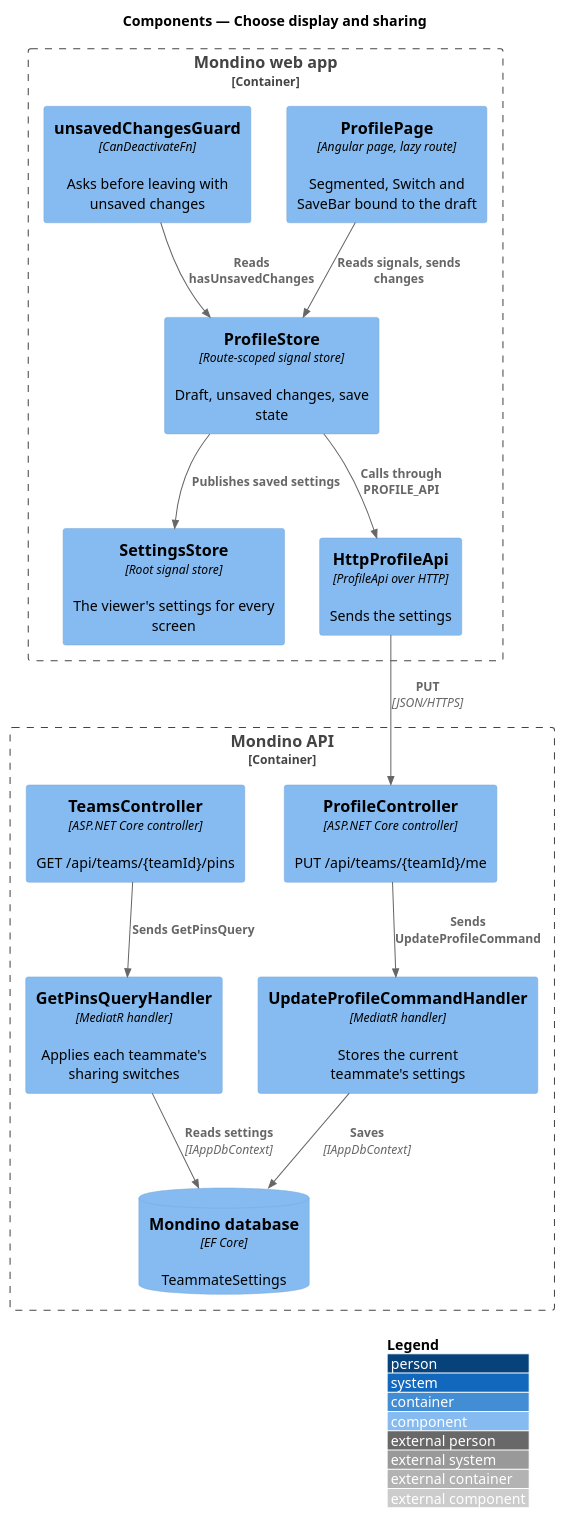
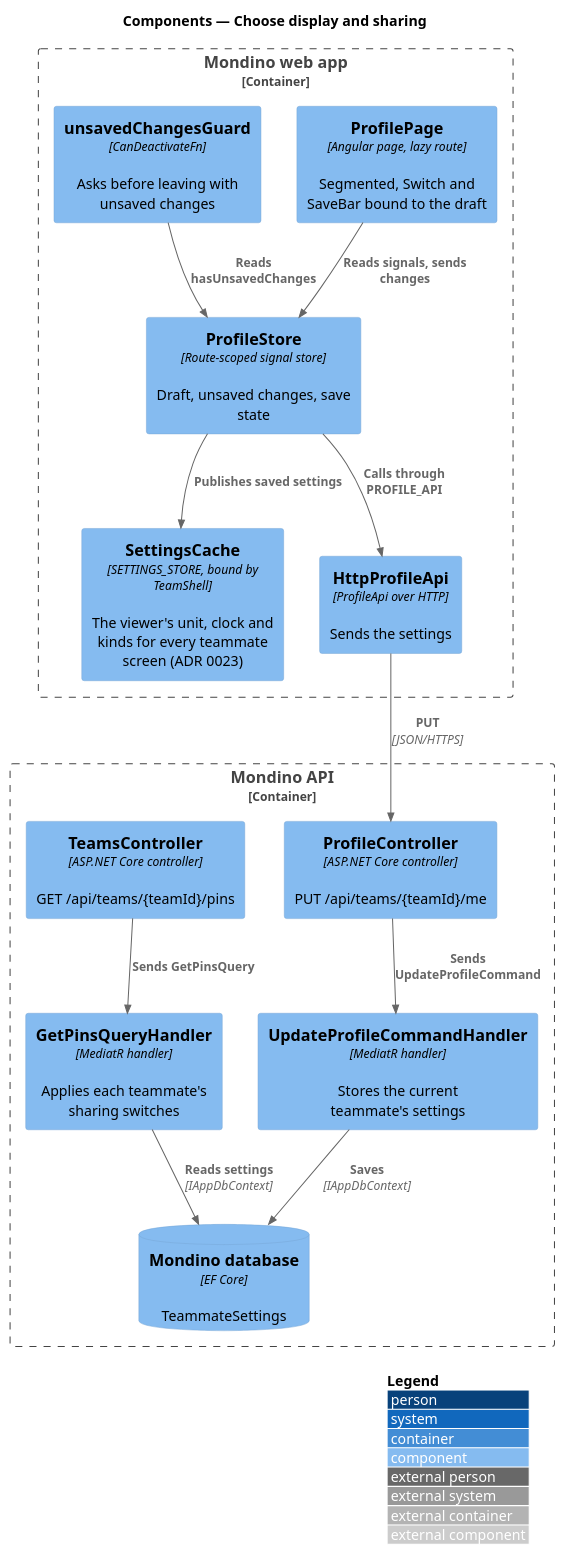
Before and after one commit to QuinntyneBrown/Mondino: the diagram in docs/detailed-designs/profile/choose-display-and-sharing/diagrams/c4-component.puml, drawn with PlantUML. The commit also changed 13 other files, not shown here.

```diff
--- a/docs/detailed-designs/profile/choose-display-and-sharing/diagrams/c4-component.puml
+++ b/docs/detailed-designs/profile/choose-display-and-sharing/diagrams/c4-component.puml
@@ -1,30 +1,30 @@
 @startuml
 !include <C4/C4_Component>
 LAYOUT_WITH_LEGEND()
 title Components — Choose display and sharing
 
 Container_Boundary(spa, "Mondino web app") {
   Component(page, "ProfilePage", "Angular page, lazy route", "Segmented, Switch and SaveBar bound to the draft")
   Component(store, "ProfileStore", "Route-scoped signal store", "Draft, unsaved changes, save state")
   Component(guard, "unsavedChangesGuard", "CanDeactivateFn", "Asks before leaving with unsaved changes")
-  Component(settings, "SettingsStore", "Root signal store", "The viewer's settings for every screen")
+  Component(settings, "SettingsCache", "SETTINGS_STORE, bound by TeamShell", "The viewer's unit, clock and kinds for every teammate screen (ADR 0023)")
   Component(client, "HttpProfileApi", "ProfileApi over HTTP", "Sends the settings")
 }
 Container_Boundary(api, "Mondino API") {
   Component(profile, "ProfileController", "ASP.NET Core controller", "PUT /api/teams/{teamId}/me")
   Component(update, "UpdateProfileCommandHandler", "MediatR handler", "Stores the current teammate's settings")
   Component(teams, "TeamsController", "ASP.NET Core controller", "GET /api/teams/{teamId}/pins")
   Component(pins, "GetPinsQueryHandler", "MediatR handler", "Applies each teammate's sharing switches")
   ComponentDb(db, "Mondino database", "EF Core", "TeammateSettings")
 }
 
 Rel(page, store, "Reads signals, sends changes")
 Rel(guard, store, "Reads hasUnsavedChanges")
 Rel(store, client, "Calls through PROFILE_API")
 Rel(store, settings, "Publishes saved settings")
 Rel(client, profile, "PUT", "JSON/HTTPS")
 Rel(profile, update, "Sends UpdateProfileCommand")
 Rel(update, db, "Saves", "IAppDbContext")
 Rel(teams, pins, "Sends GetPinsQuery")
 Rel(pins, db, "Reads settings", "IAppDbContext")
 @enduml
```
